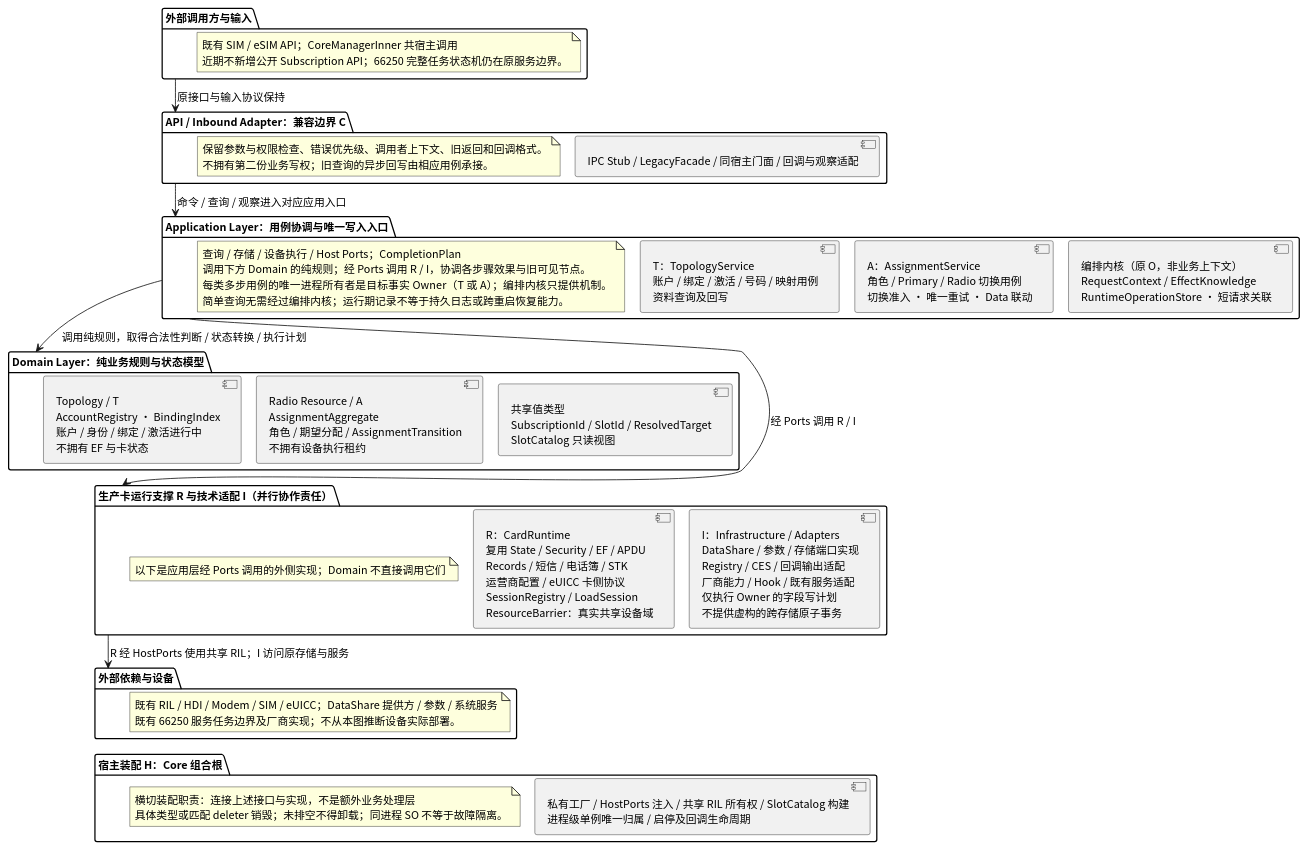
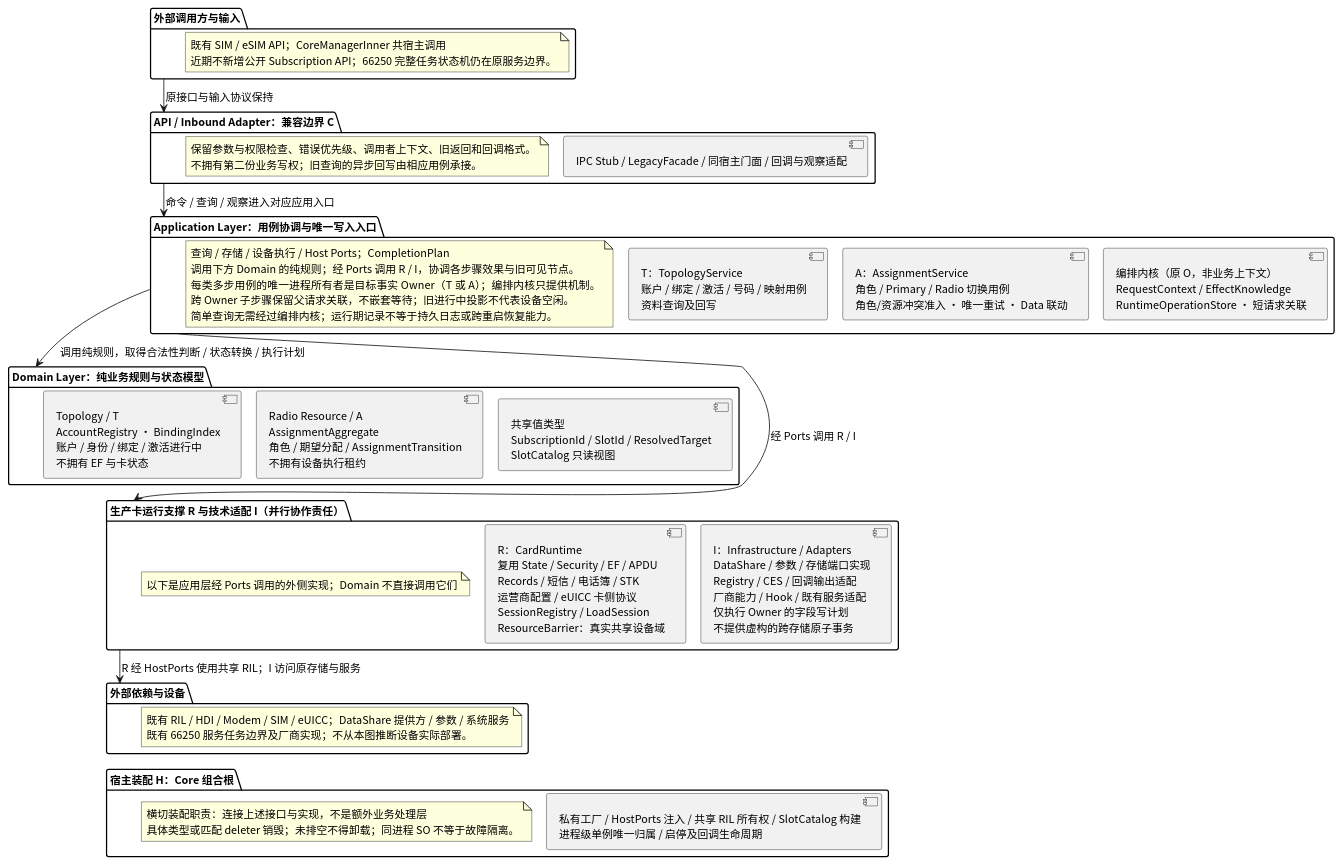
The second of 5 diagrams in telephony_core_service/docs/SIM_Target_Architecture_Design_v1.2.md (zjuluowu/multisim), drawn with PlantUML before and after one commit. The commit also changed other lines of this file, not shown here.

````diff
--- a/telephony_core_service/docs/SIM_Target_Architecture_Design_v1.2.md
+++ b/telephony_core_service/docs/SIM_Target_Architecture_Design_v1.2.md
@@ -333,72 +367,73 @@
 ```plantuml
 @startuml SIM_Target_Architecture
 !pragma layout smetana
 skinparam componentStyle uml2
 skinparam shadowing false
 skinparam defaultFontName "Noto Sans CJK SC"
 skinparam defaultFontSize 13
 top to bottom direction
 package "外部调用方与输入" as TargetEntry {
   note as TargetEntryNote
     既有 SIM / eSIM API；CoreManagerInner 共宿主调用
     近期不新增公开 Subscription API；66250 完整任务状态机仍在原服务边界。
   end note
 }
 package "API / Inbound Adapter：兼容边界 C" as Compatibility {
   component "IPC Stub / LegacyFacade / 同宿主门面 / 回调与观察适配" as Inbound
   note as CompatibilityNote
     保留参数与权限检查、错误优先级、调用者上下文、旧返回和回调格式。
     不拥有第二份业务写权；旧查询的异步回写由相应用例承接。
   end note
 }
 package "Application Layer：用例协调与唯一写入入口" as Application {
   component "T：TopologyService\n账户 / 绑定 / 激活 / 号码 / 映射用例\n资料查询及回写" as TopologyService
-  component "A：AssignmentService\n角色 / Primary / Radio 切换用例\n切换准入 · 唯一重试 · Data 联动" as AssignmentService
+  component "A：AssignmentService\n角色 / Primary / Radio 切换用例\n角色/资源冲突准入 · 唯一重试 · Data 联动" as AssignmentService
   component "编排内核（原 O，非业务上下文）\nRequestContext / EffectKnowledge\nRuntimeOperationStore · 短请求关联" as OperationKernel
   note as ApplicationNote
     查询 / 存储 / 设备执行 / Host Ports；CompletionPlan
     调用下方 Domain 的纯规则；经 Ports 调用 R / I，协调各步骤效果与旧可见节点。
     每类多步用例的唯一进程所有者是目标事实 Owner（T 或 A）；编排内核只提供机制。
+    跨 Owner 子步骤保留父请求关联，不嵌套等待；旧进行中投影不代表设备空闲。
     简单查询无需经过编排内核；运行期记录不等于持久日志或跨重启恢复能力。
   end note
   TopologyService -[hidden]right-> AssignmentService
   AssignmentService -[hidden]right-> OperationKernel
 }
 package "Domain Layer：纯业务规则与状态模型" as Domain {
   component "Topology / T\nAccountRegistry · BindingIndex\n账户 / 身份 / 绑定 / 激活进行中\n不拥有 EF 与卡状态" as Topology
   component "Radio Resource / A\nAssignmentAggregate\n角色 / 期望分配 / AssignmentTransition\n不拥有设备执行租约" as Assignment
   component "共享值类型\nSubscriptionId / SlotId / ResolvedTarget\nSlotCatalog 只读视图" as SharedKernel
   Topology -[hidden]right-> Assignment
   Assignment -[hidden]right-> SharedKernel
 }
 package "生产卡运行支撑 R 与技术适配 I（并行协作责任）" as Support {
   component "R：CardRuntime\n复用 State / Security / EF / APDU\nRecords / 短信 / 电话簿 / STK\n运营商配置 / eUICC 卡侧协议\nSessionRegistry / LoadSession\nResourceBarrier：真实共享设备域" as CardRuntime
   component "I：Infrastructure / Adapters\nDataShare / 参数 / 存储端口实现\nRegistry / CES / 回调输出适配\n厂商能力 / Hook / 既有服务适配\n仅执行 Owner 的字段写计划\n不提供虚构的跨存储原子事务" as Infrastructure
   note as SupportNote
     以下是应用层经 Ports 调用的外侧实现；Domain 不直接调用它们
   end note
   CardRuntime -[hidden]right-> Infrastructure
 }
 package "外部依赖与设备" as TargetExternal {
   note as TargetExternalNote
     既有 RIL / HDI / Modem / SIM / eUICC；DataShare 提供方 / 参数 / 系统服务
     既有 66250 服务任务边界及厂商实现；不从本图推断设备实际部署。
   end note
 }
 package "宿主装配 H：Core 组合根" as Host {
   component "私有工厂 / HostPorts 注入 / 共享 RIL 所有权 / SlotCatalog 构建\n进程级单例唯一归属 / 启停及回调生命周期" as CompositionRoot
   note as HostNote
     横切装配职责：连接上述接口与实现，不是额外业务处理层
     具体类型或匹配 deleter 销毁；未排空不得卸载；同进程 SO 不等于故障隔离。
   end note
 }
 TargetEntry --> Compatibility : 原接口与输入协议保持
 Compatibility --> Application : 命令 / 查询 / 观察进入对应应用入口
 Application --> Domain : 调用纯规则，取得合法性判断 / 状态转换 / 执行计划
 Application --> Support : 经 Ports 调用 R / I
 Support --> TargetExternal : R 经 HostPorts 使用共享 RIL；I 访问原存储与服务
 ' 隐藏连接仅用于纵向排版；Domain 不调用 Support，Host 是横切装配职责。
 Domain -[hidden]down-> Support
 TargetExternal -[hidden]down-> Host
 @enduml
 ```
````
